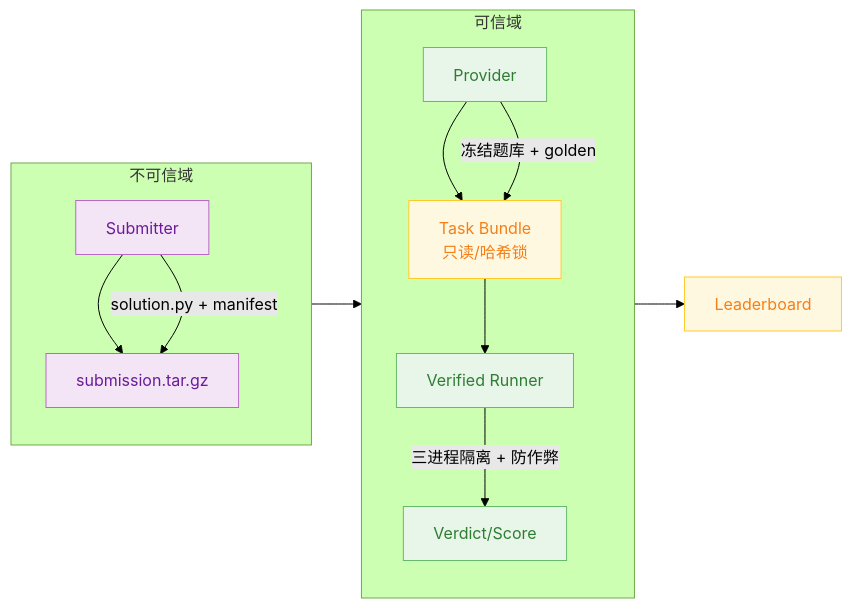
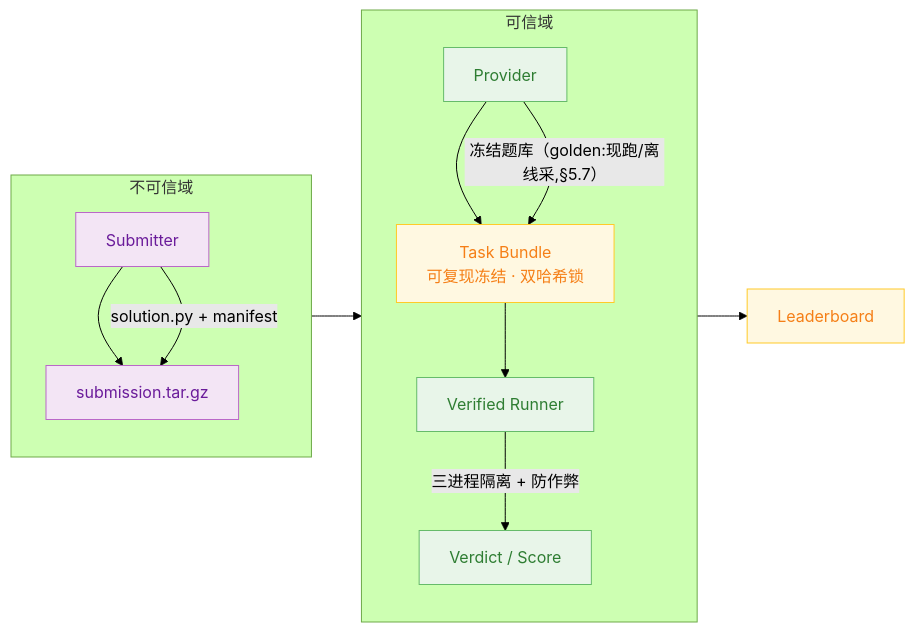
The second of 10 diagrams in docs/DESIGN.md (Gxj230958/TritonAscendBench), drawn with Mermaid (forest theme) before and after one commit. The commit also changed other lines of this file and 11 other files, not shown here.

First line of the commit message:
docs: finalize two-objective Roofline design spec and architecture docs

````diff
--- a/docs/DESIGN.md
+++ b/docs/DESIGN.md
@@ -164,25 +218,25 @@
 ```mermaid
 flowchart LR
     subgraph TRUST["可信域"]
         direction TB
-        P["Provider"] --> TBND["Task Bundle<br/>只读/哈希锁"]
+        P["Provider"] --> TBND["Task Bundle<br/>可复现冻结 · 双哈希锁"]
         R["Verified Runner"]
-        V["Verdict/Score"]
+        V["Verdict / Score"]
     end
     subgraph UNTRUST["不可信域"]
         direction TB
         S["Submitter"] --> PKG["submission.tar.gz"]
     end
     TBND --> R
     PKG --> R
     R -->|"三进程隔离 + 防作弊"| V
     V --> BD["Leaderboard"]
-    P -->|"冻结题库 + golden"| TBND
+    P -->|"冻结题库（golden:现跑/离线采,§5.7）"| TBND
     S -->|"solution.py + manifest"| PKG
     classDef trust fill:#E8F5E9,stroke:#66BB6A,color:#2E7D32;
     classDef untrust fill:#F3E5F5,stroke:#BA68C8,color:#6A1B9A;
     classDef data fill:#FFF8E1,stroke:#FFCA28,color:#F57F17;
     class P,R,V trust;
     class S,PKG untrust;
     class TBND,BD data;
 ```
````
